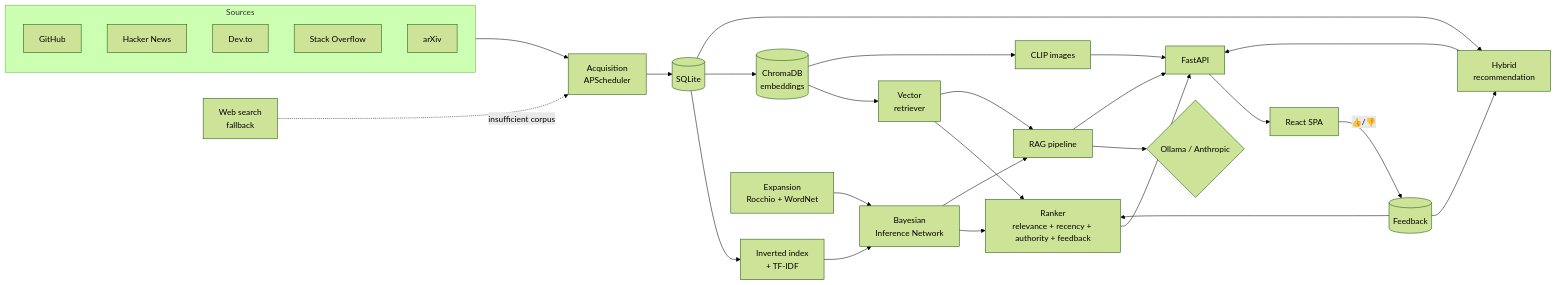
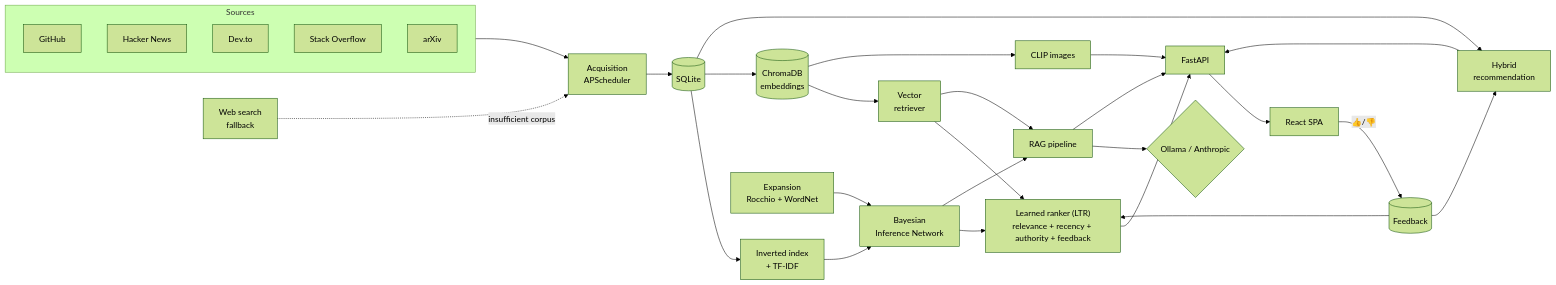
Before and after one commit to jccarmenate/tech-rag-information-retrieval-system: the diagram in README.md, drawn with Mermaid (forest theme). The commit also changed other lines of this file and 2 other files, not shown here.

Commit message:
docs: describe the learned ranker and GET /api/ranking/model

````diff
--- a/README.md
+++ b/README.md
@@ -28,40 +28,40 @@
 ```mermaid
 flowchart LR
     subgraph Sources["Sources"]
         GH["GitHub"]
         HN["Hacker News"]
         DT["Dev.to"]
         SE["Stack Overflow"]
         AX["arXiv"]
     end
 
     Sources --> ACQ["Acquisition<br/>APScheduler"]
     ACQ --> DB[("SQLite")]
     WS["Web search<br/>fallback"] -. insufficient corpus .-> ACQ
 
     DB --> IDX["Inverted index<br/>+ TF-IDF"]
     DB --> VEC[("ChromaDB<br/>embeddings")]
 
     IDX --> IN["Bayesian<br/>Inference Network"]
     VEC --> VR["Vector<br/>retriever"]
     EXP["Expansion<br/>Rocchio + WordNet"] --> IN
 
-    IN --> RANK["Ranker<br/>relevance + recency + authority + feedback"]
+    IN --> RANK["Learned ranker (LTR)<br/>relevance + recency + authority + feedback"]
     VR --> RANK
     RANK --> API
 
     IN --> RAG["RAG pipeline"]
     VR --> RAG
     RAG --> LLM{"Ollama / Anthropic"}
     RAG --> API["FastAPI"]
 
     VEC --> IMG["CLIP images"]
     IMG --> API
     DB --> REC["Hybrid<br/>recommendation"]
     REC --> API
 
     API --> UI["React SPA"]
     UI -->|"👍/👎"| FB[("Feedback")]
     FB --> RANK
     FB --> REC
 ```
````
